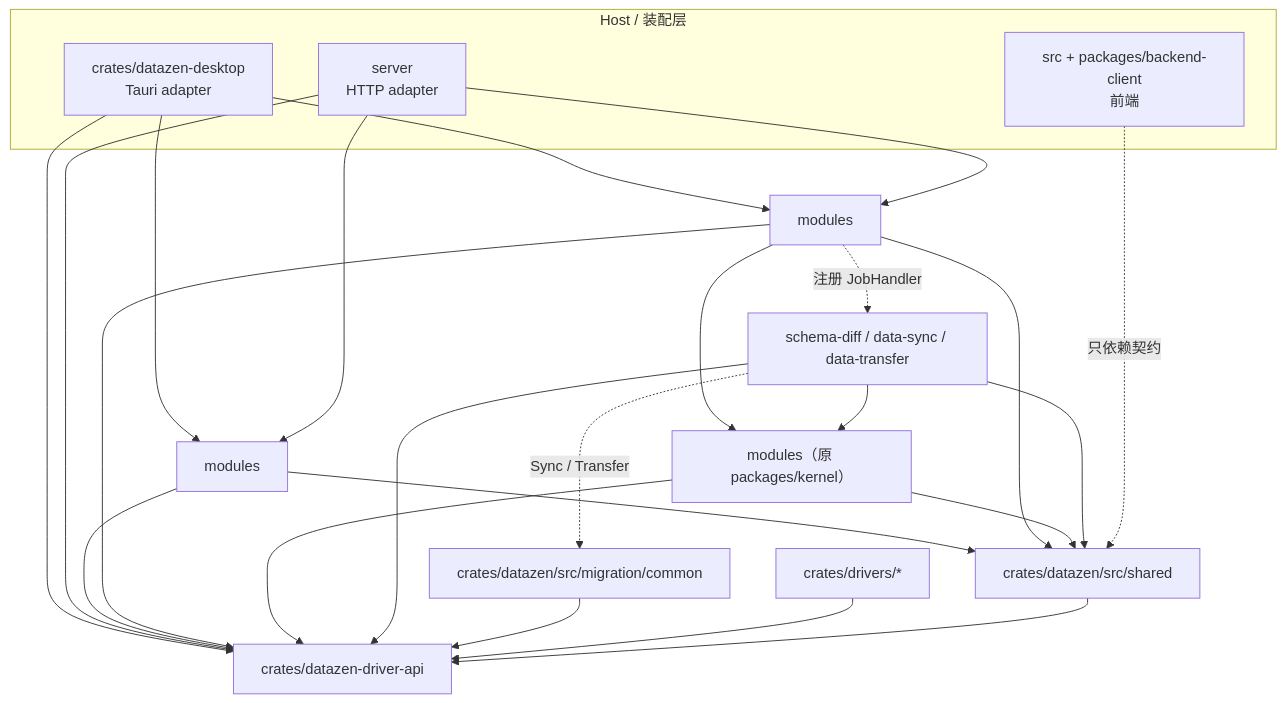
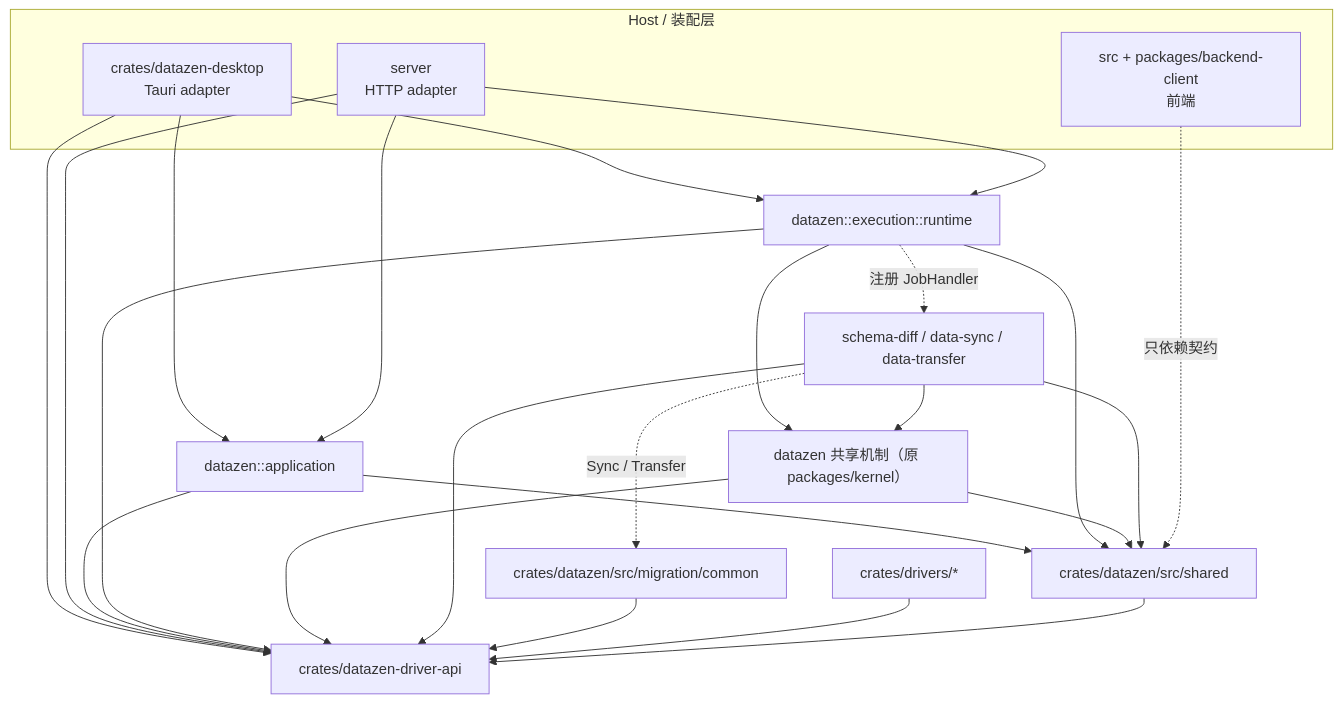
One commit to flyxl/datazen changed the first of 4 diagrams in docs/architecture/platform/shared-boundaries-and-ports.md. Above: the diagram before and after it, drawn with Mermaid. The commit also changed other lines of this file and 65 other files, not shown here.

````diff
--- a/docs/architecture/platform/shared-boundaries-and-ports.md
+++ b/docs/architecture/platform/shared-boundaries-and-ports.md
@@ -121,39 +121,39 @@
 ```mermaid
 flowchart TD
     subgraph host[Host / 装配层]
         TA[crates/datazen-desktop<br/>Tauri adapter]
         SRV[server<br/>HTTP adapter]
         FE[src + packages/backend-client<br/>前端]
     end
-    APP[modules]
-    RT[modules]
-    KER[modules（原 packages/kernel）]
+    APP[datazen::application]
+    RT[datazen::execution::runtime]
+    KER[datazen 共享机制（原 packages/kernel）]
     PA[crates/datazen/src/shared]
     DAPI[crates/datazen-driver-api]
     DOM[schema-diff / data-sync / data-transfer]
     MC[crates/datazen/src/migration/common]
     DRV[crates/drivers/*]
 
     TA --> APP
     TA --> RT
     TA --> DAPI
     SRV --> APP
     SRV --> RT
     SRV --> DAPI
     APP --> PA
     APP --> DAPI
     RT --> PA
     RT --> DAPI
     RT --> KER
     KER --> PA
     KER --> DAPI
     DOM --> KER
     RT -.注册 JobHandler.-> DOM
     DOM --> PA
     DOM --> DAPI
     DOM -.Sync / Transfer.-> MC
     MC --> DAPI
     DRV --> DAPI
     PA --> DAPI
     FE -.只依赖契约.-> PA
 ```
````
